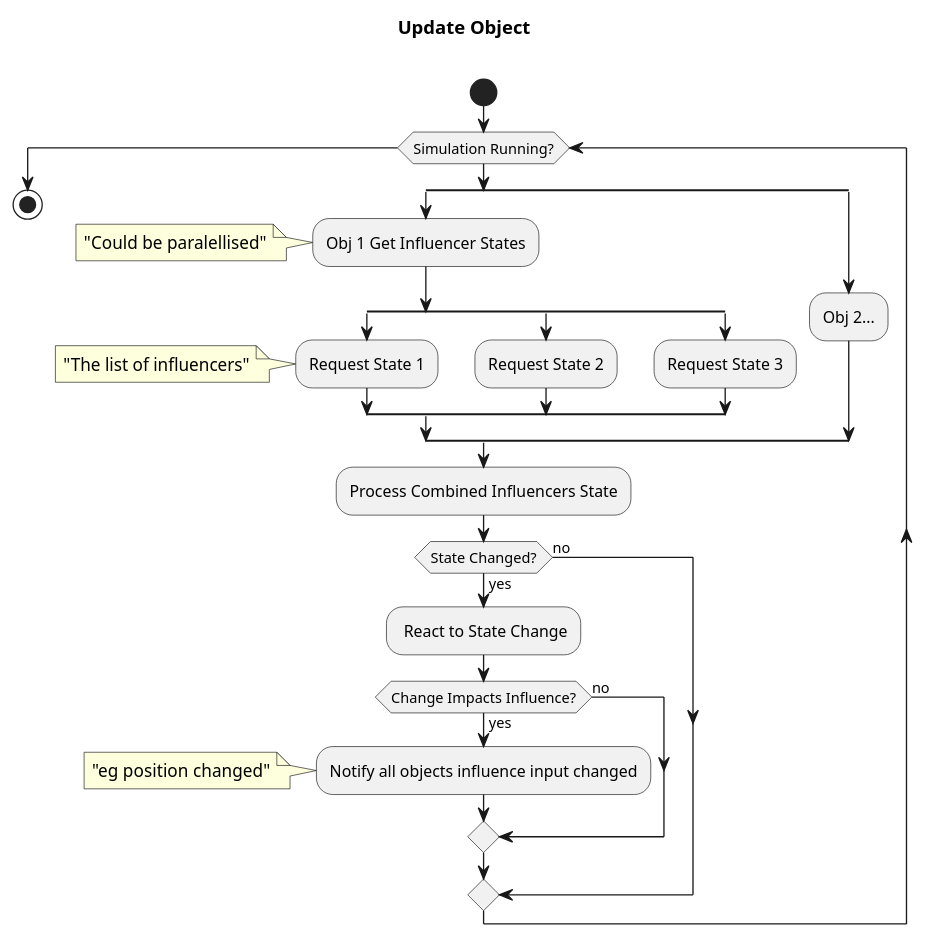
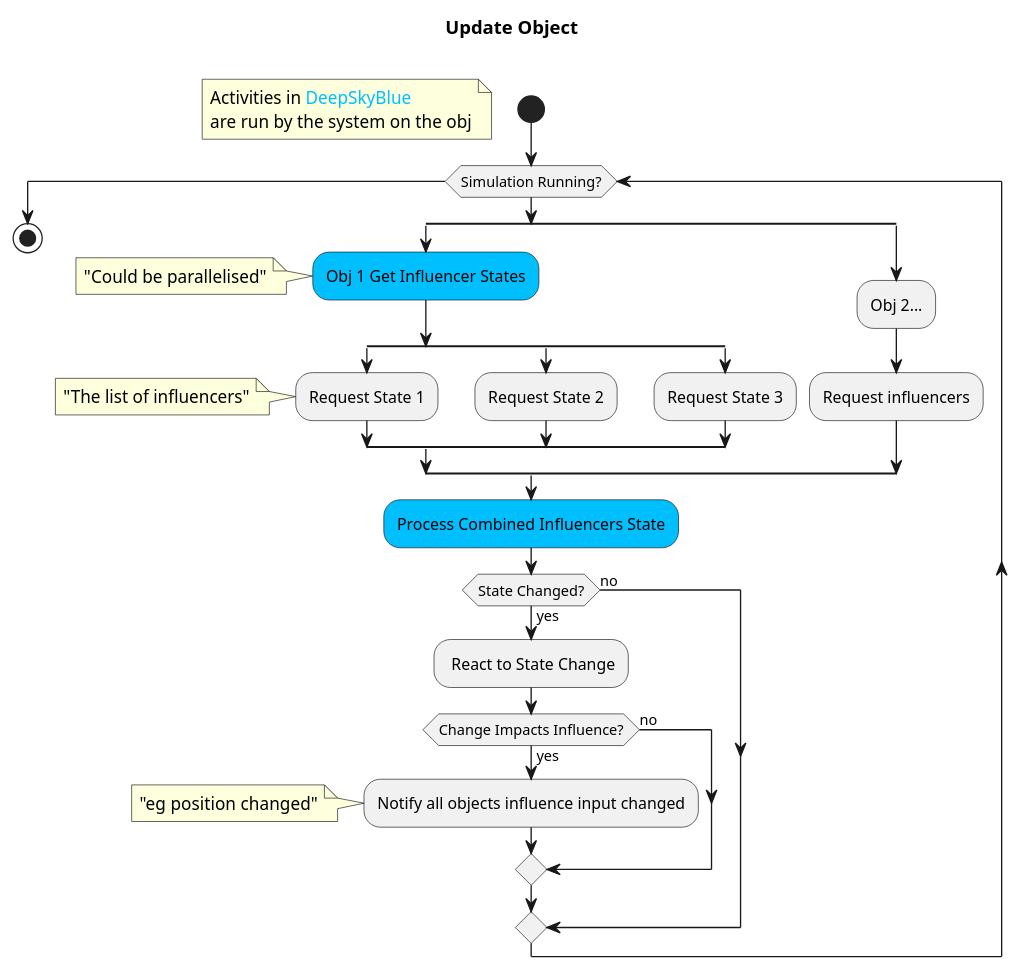
Before and after one commit to CAPeddle/particle_model: the diagram in activity.plantuml, drawn with PlantUML.

Commit message:
Indicate activities called on objects

```diff
--- a/activity.plantuml
+++ b/activity.plantuml
@@ -1,55 +1,58 @@
 @startuml
 
 title Update Object \n
 
 start
 
+floating note left: Activities in <color:DeepSkyBlue>DeepSkyBlue \nare run by the system on the obj
+
 while (Simulation Running?) 
 
 split
-:Obj 1 Get Influencer States;
+#DeepSkyBlue:Obj 1 Get Influencer States;
 
 note left
-  "Could be paralellised"
+  "Could be parallelised"
   end note
   
 split
   :Request State 1;
     note left
       "The list of influencers"
     end note
  
 split again
   :Request State 2;
 split again
   :Request State 3;
 end split
 
 split again
    :Obj 2...;
+   :Request influencers;
 end split
    
 
-:Process Combined Influencers State;
+#DeepSkyBlue:Process Combined Influencers State;
 
 if (State Changed?) then (yes)
   : React to State Change;
   if (Change Impacts Influence?) then (yes)
    :Notify all objects influence input changed;
    
    note left
      "eg position changed"
      end note
      
   else (no)
   endif
 else (no)
   
 endif
 
 endwhile
 
 
 stop
 
 @enduml
```
